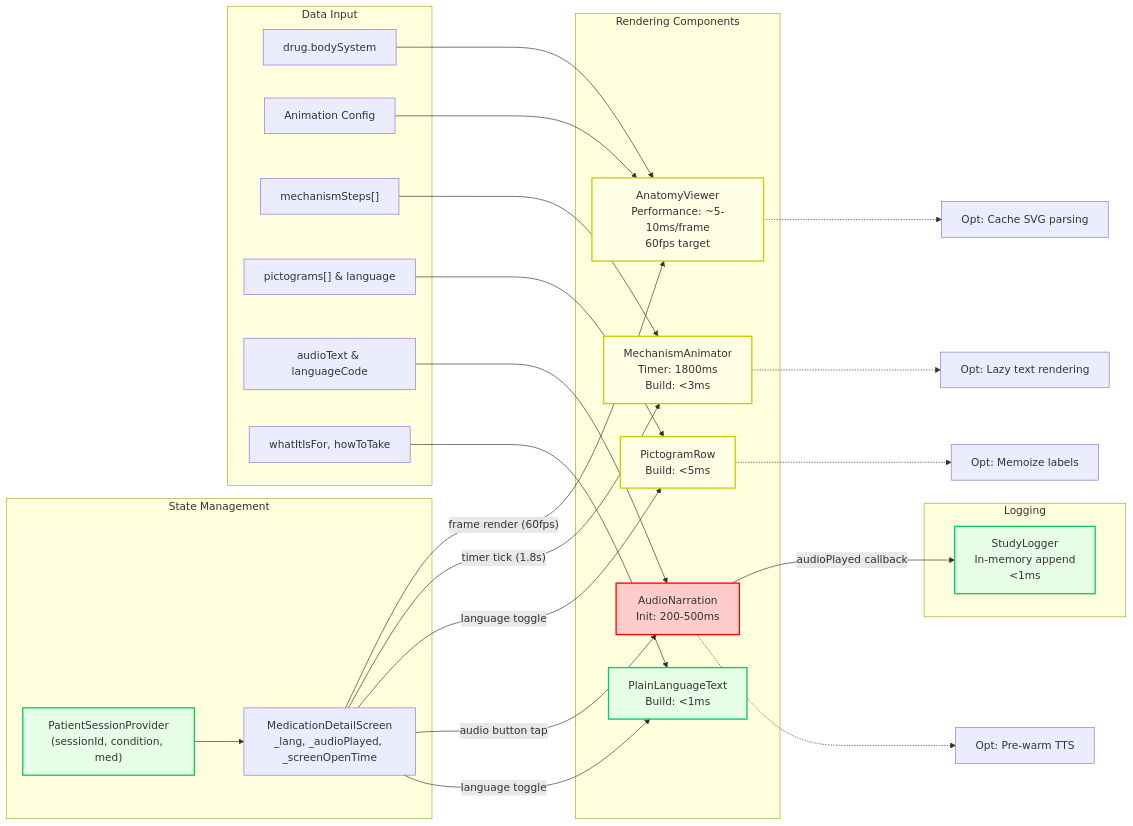
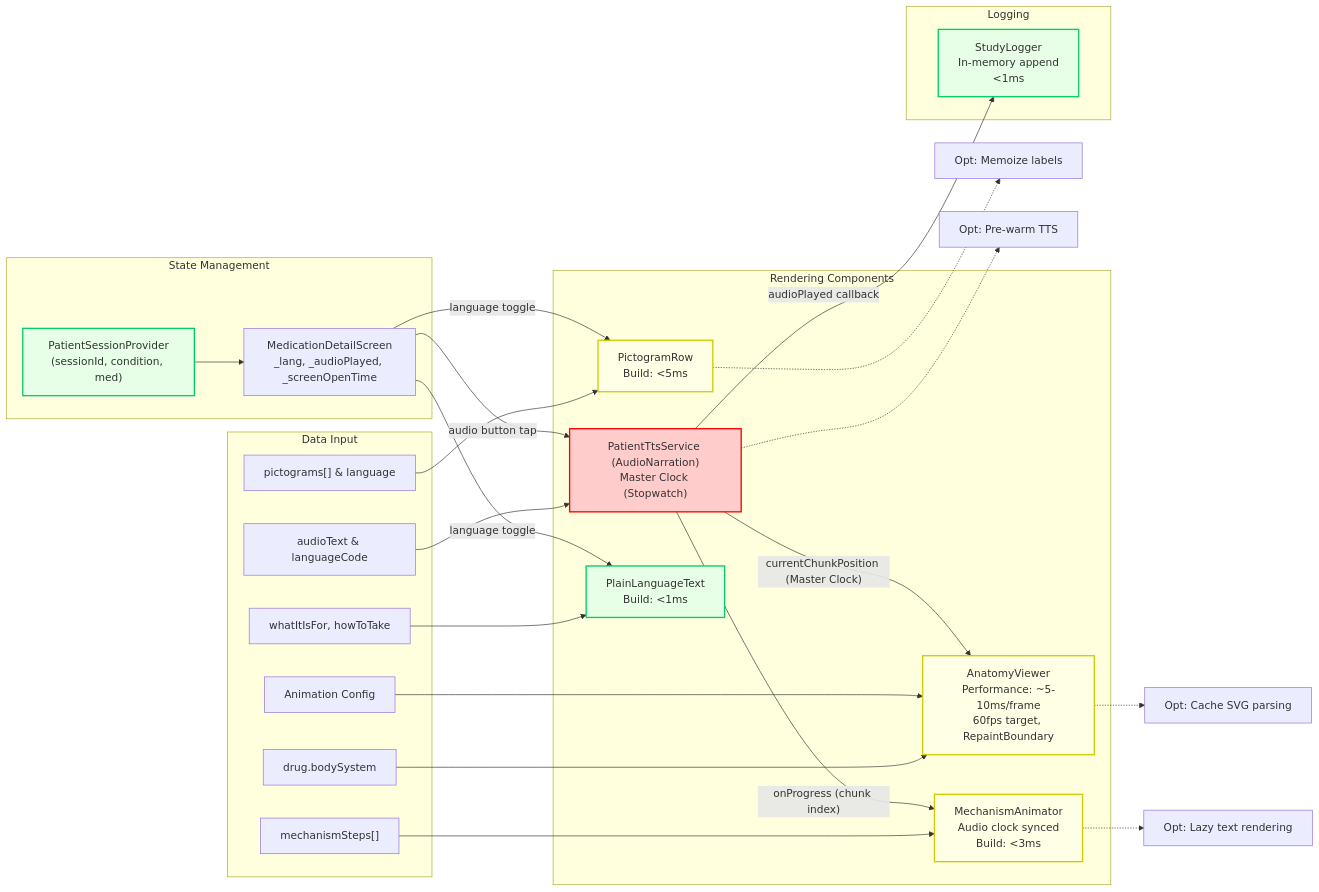
One commit to cs25d002/ISE-MobileApplication changed the diagram in vewha/diagrams/diagram-3-component-interaction.mmd. Above: the diagram before and after it, drawn with Mermaid. The commit also changed 27 other files, not shown here.

````diff
--- a/vewha/diagrams/diagram-3-component-interaction.mmd
+++ b/vewha/diagrams/diagram-3-component-interaction.mmd
@@ -1,68 +1,68 @@
 ```mermaid
 graph LR
     subgraph State Management
         sessionProv["PatientSessionProvider<br>(sessionId, condition, med)"]
         medScreen["MedicationDetailScreen<br>_lang, _audioPlayed, _screenOpenTime"]
     end
 
     subgraph Data Input
         drugBodySys["drug.bodySystem"]
         animConfig["Animation Config"]
         mechSteps["mechanismSteps[]"]
         pictoData["pictograms[] & language"]
         audioData["audioText & languageCode"]
         plainTextData["whatItIsFor, howToTake"]
     end
 
     subgraph Rendering Components
-        anatomy["AnatomyViewer<br>Performance: ~5-10ms/frame<br>60fps target"]
-        mechAnim["MechanismAnimator<br>Timer: 1800ms<br>Build: <3ms"]
+        anatomy["AnatomyViewer<br>Performance: ~5-10ms/frame<br>60fps target, RepaintBoundary"]
+        mechAnim["MechanismAnimator<br>Audio clock synced<br>Build: <3ms"]
         pictoRow["PictogramRow<br>Build: <5ms"]
-        audioPlay["AudioNarration<br>Init: 200-500ms"]
+        audioPlay["PatientTtsService (AudioNarration)<br>Master Clock (Stopwatch)"]
         plainText["PlainLanguageText<br>Build: <1ms"]
     end
 
     subgraph Logging
         logger["StudyLogger<br>In-memory append<br><1ms"]
     end
     
     %% Connections
     sessionProv --> medScreen
     
     drugBodySys --> anatomy
     animConfig --> anatomy
-    medScreen -- "frame render (60fps)" --> anatomy
+    audioPlay -- "currentChunkPosition (Master Clock)" --> anatomy
     
     mechSteps --> mechAnim
-    medScreen -- "timer tick (1.8s)" --> mechAnim
+    audioPlay -- "onProgress (chunk index)" --> mechAnim
     
     pictoData --> pictoRow
     medScreen -- "language toggle" --> pictoRow
     
     audioData --> audioPlay
     medScreen -- "audio button tap" --> audioPlay
     audioPlay -- "audioPlayed callback" --> logger
     
     plainTextData --> plainText
     medScreen -- "language toggle" --> plainText
     
     %% Styles
     classDef optimal fill:#e6ffe6,stroke:#00cc66,stroke-width:2px;
     classDef caution fill:#ffffe6,stroke:#cccc00,stroke-width:2px;
     classDef warning fill:#ffcccc,stroke:#ff0000,stroke-width:2px;
     
     class plainText,logger,sessionProv optimal;
     class anatomy,pictoRow,mechAnim caution;
     class audioPlay warning;
 
     %% Annotations
     noteSVG["Opt: Cache SVG parsing"]
     noteLazy["Opt: Lazy text rendering"]
     noteMemo["Opt: Memoize labels"]
     noteTTS["Opt: Pre-warm TTS"]
     
     anatomy -.-> noteSVG
     mechAnim -.-> noteLazy
     pictoRow -.-> noteMemo
     audioPlay -.-> noteTTS
 ```
````
